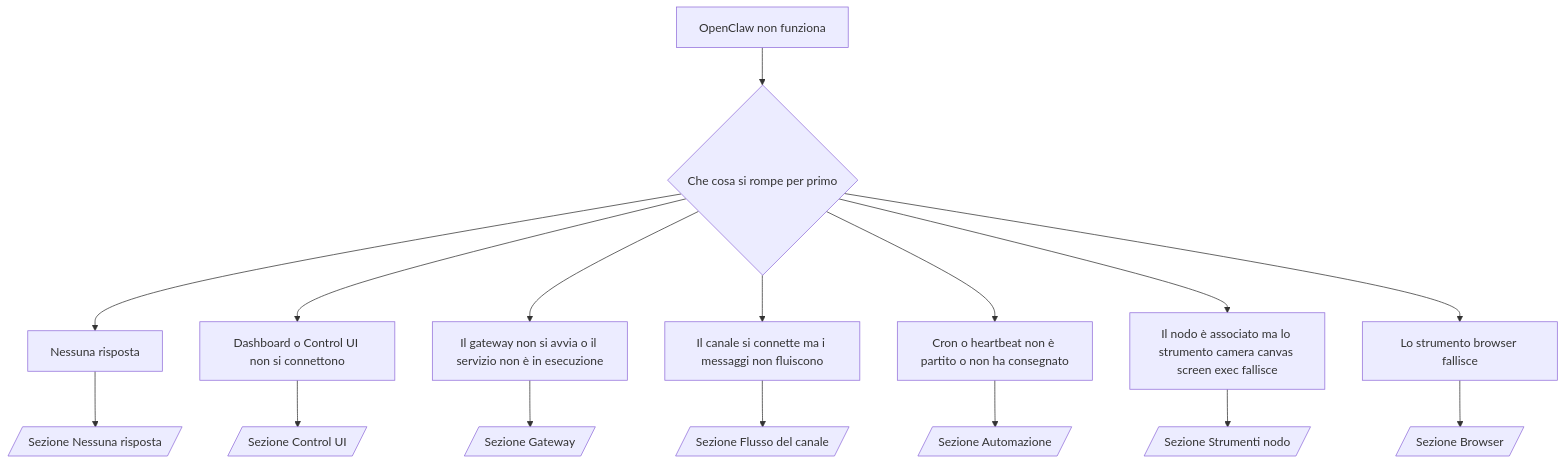
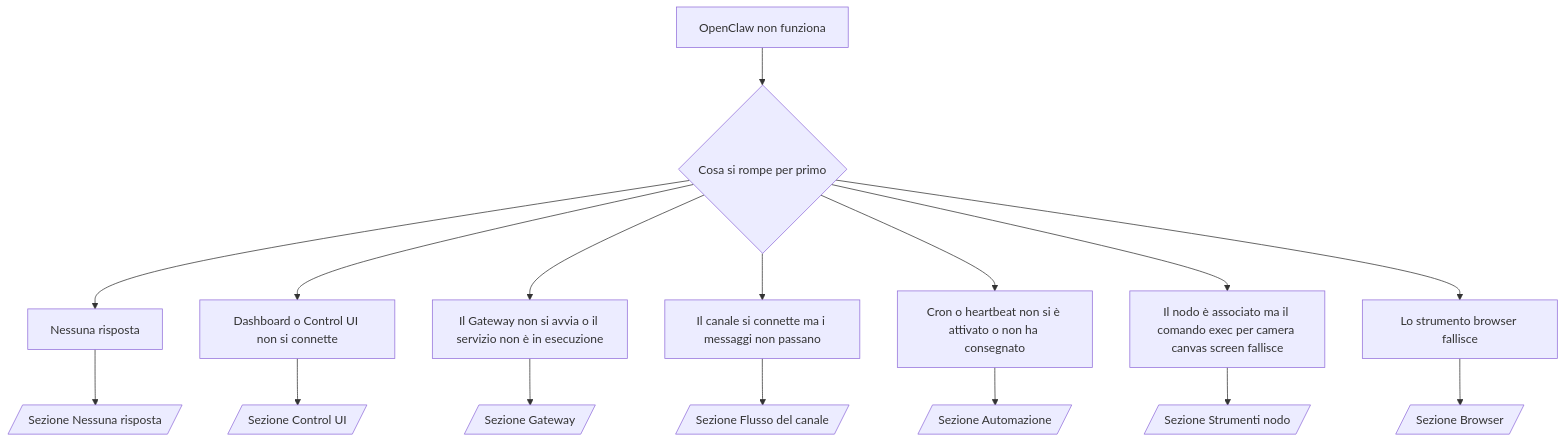
One commit to XinnGadget/openclaw-docs changed the diagram in docs/it/help/troubleshooting.md. Above: the diagram before and after it, drawn with Mermaid. The commit also changed other lines of this file and 27 other files, not shown here.

````diff
--- a/docs/it/help/troubleshooting.md
+++ b/docs/it/help/troubleshooting.md
@@ -94,19 +92,19 @@
 ```mermaid
 flowchart TD
-  A[OpenClaw non funziona] --> B{Che cosa si rompe per primo}
+  A[OpenClaw non funziona] --> B{Cosa si rompe per primo}
   B --> C[Nessuna risposta]
-  B --> D[Dashboard o Control UI non si connettono]
-  B --> E[Il gateway non si avvia o il servizio non è in esecuzione]
-  B --> F[Il canale si connette ma i messaggi non fluiscono]
-  B --> G[Cron o heartbeat non è partito o non ha consegnato]
-  B --> H[Il nodo è associato ma lo strumento camera canvas screen exec fallisce]
+  B --> D[Dashboard o Control UI non si connette]
+  B --> E[Il Gateway non si avvia o il servizio non è in esecuzione]
+  B --> F[Il canale si connette ma i messaggi non passano]
+  B --> G[Cron o heartbeat non si è attivato o non ha consegnato]
+  B --> H[Il nodo è associato ma il comando exec per camera canvas screen fallisce]
   B --> I[Lo strumento browser fallisce]
 
   C --> C1[/Sezione Nessuna risposta/]
   D --> D1[/Sezione Control UI/]
   E --> E1[/Sezione Gateway/]
   F --> F1[/Sezione Flusso del canale/]
   G --> G1[/Sezione Automazione/]
   H --> H1[/Sezione Strumenti nodo/]
   I --> I1[/Sezione Browser/]
 ```
````
